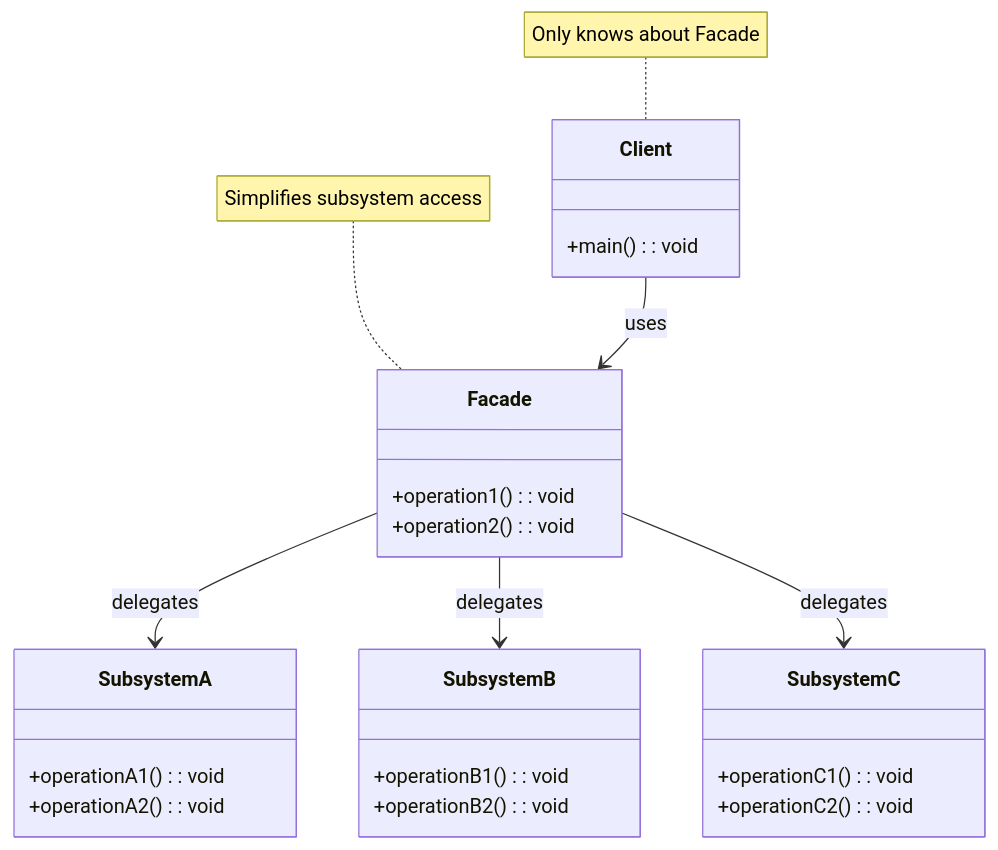
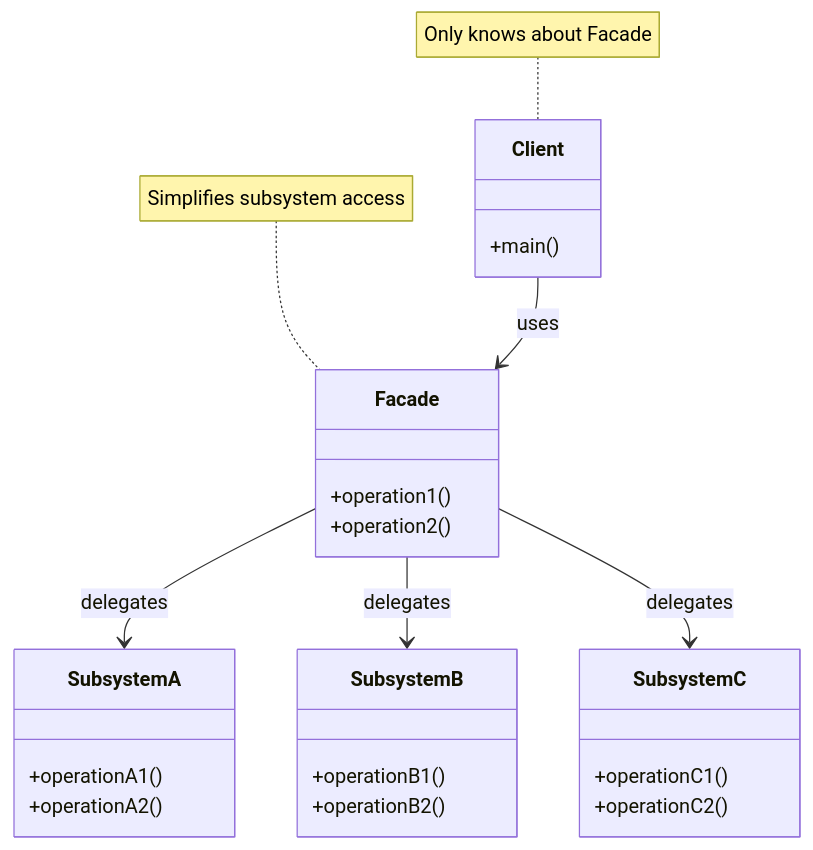
Before and after one commit to fanly/DesignPattern: the first of 3 diagrams in resources/design-patterns/laravel/structural/facade_en.md, drawn with Mermaid. The commit also changed 103 other files, not shown here.

````diff
--- a/resources/design-patterns/laravel/structural/facade_en.md
+++ b/resources/design-patterns/laravel/structural/facade_en.md
@@ -11,34 +11,34 @@
 ```mermaid
 classDiagram
     class Facade {
-        +operation1(): void
-        +operation2(): void
+        +operation1()
+        +operation2()
     }
     
     class SubsystemA {
-        +operationA1(): void
-        +operationA2(): void
+        +operationA1()
+        +operationA2()
     }
     
     class SubsystemB {
-        +operationB1(): void
-        +operationB2(): void
+        +operationB1()
+        +operationB2()
     }
     
     class SubsystemC {
-        +operationC1(): void
-        +operationC2(): void
+        +operationC1()
+        +operationC2()
     }
     
     class Client {
-        +main(): void
+        +main()
     }
     
     Client --> Facade : uses
     Facade --> SubsystemA : delegates
     Facade --> SubsystemB : delegates
     Facade --> SubsystemC : delegates
     
     note for Facade "Simplifies subsystem access"
     note for Client "Only knows about Facade"
 ```
````
